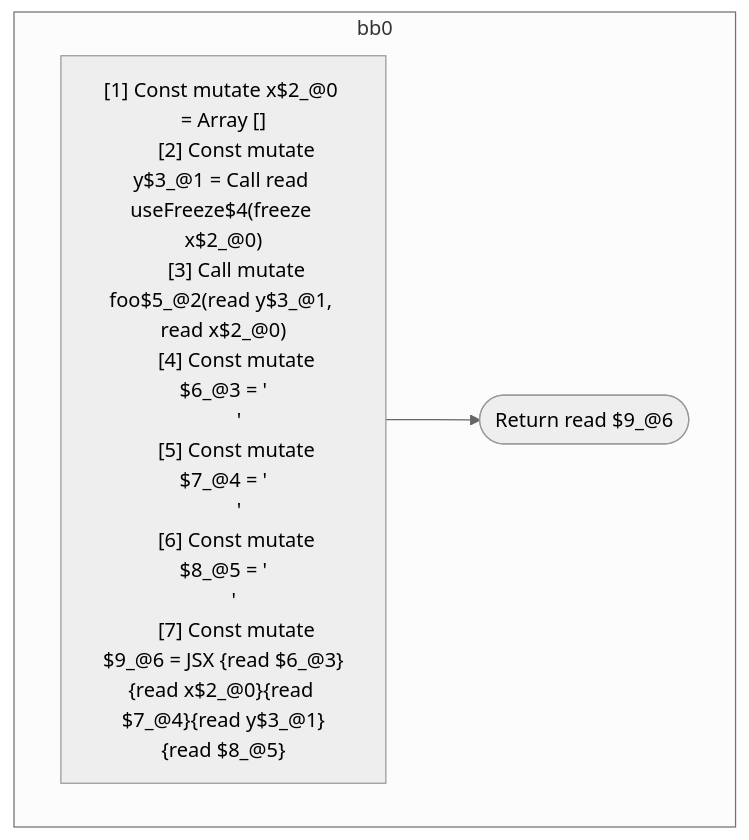
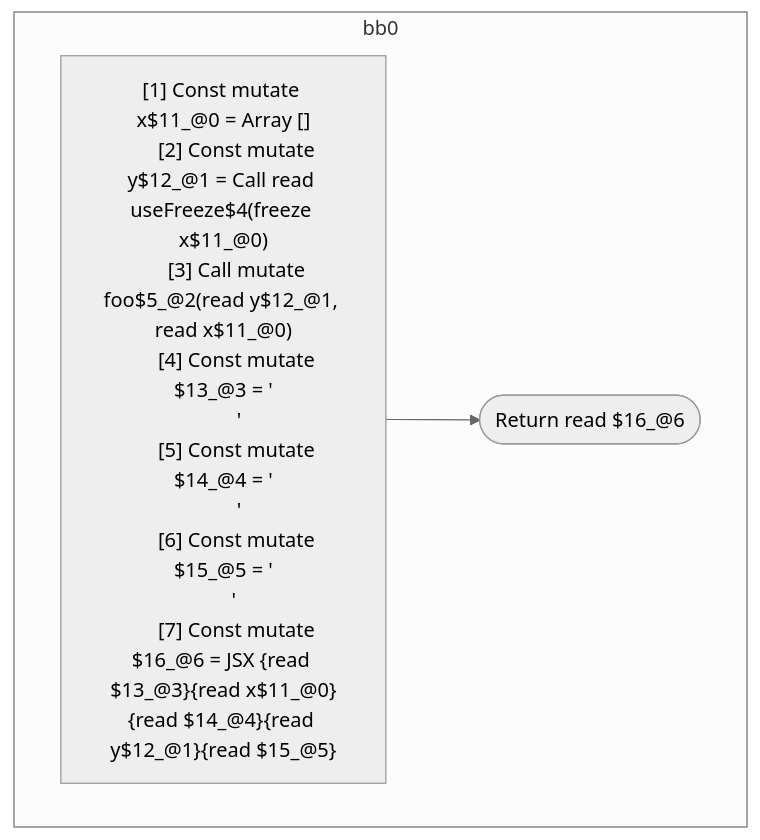
One commit to wutsmog/private changed the third of 3 diagrams in compiler/forget/src/__tests__/fixtures/hir/hook-call.expect.md. Above: the diagram before and after it, drawn with Mermaid (neutral theme). The commit also changed other lines of this file and 59 other files, not shown here.

````diff
--- a/compiler/forget/src/__tests__/fixtures/hir/hook-call.expect.md
+++ b/compiler/forget/src/__tests__/fixtures/hir/hook-call.expect.md
@@ -90,19 +90,19 @@
 ```mermaid
 flowchart TB
   %% Basic Blocks
   subgraph bb0
     bb0_instrs["
-      [1] Const mutate x$2_@0 = Array []
-      [2] Const mutate y$3_@1 = Call read useFreeze$4(freeze x$2_@0)
-      [3] Call mutate foo$5_@2(read y$3_@1, read x$2_@0)
-      [4] Const mutate $6_@3 = '\n      '
-      [5] Const mutate $7_@4 = '\n      '
-      [6] Const mutate $8_@5 = '\n    '
-      [7] Const mutate $9_@6 = JSX <read Component$0>{read $6_@3}{read x$2_@0}{read $7_@4}{read y$3_@1}{read $8_@5}</read Component$0>
+      [1] Const mutate x$11_@0 = Array []
+      [2] Const mutate y$12_@1 = Call read useFreeze$4(freeze x$11_@0)
+      [3] Call mutate foo$5_@2(read y$12_@1, read x$11_@0)
+      [4] Const mutate $13_@3 = '\n      '
+      [5] Const mutate $14_@4 = '\n      '
+      [6] Const mutate $15_@5 = '\n    '
+      [7] Const mutate $16_@6 = JSX <read Component$0>{read $13_@3}{read x$11_@0}{read $14_@4}{read y$12_@1}{read $15_@5}</read Component$0>
     "]
-    bb0_instrs --> bb0_terminal(["Return read $9_@6"])
+    bb0_instrs --> bb0_terminal(["Return read $16_@6"])
   end
 
   %% Jumps
   %% empty
 ```
````
